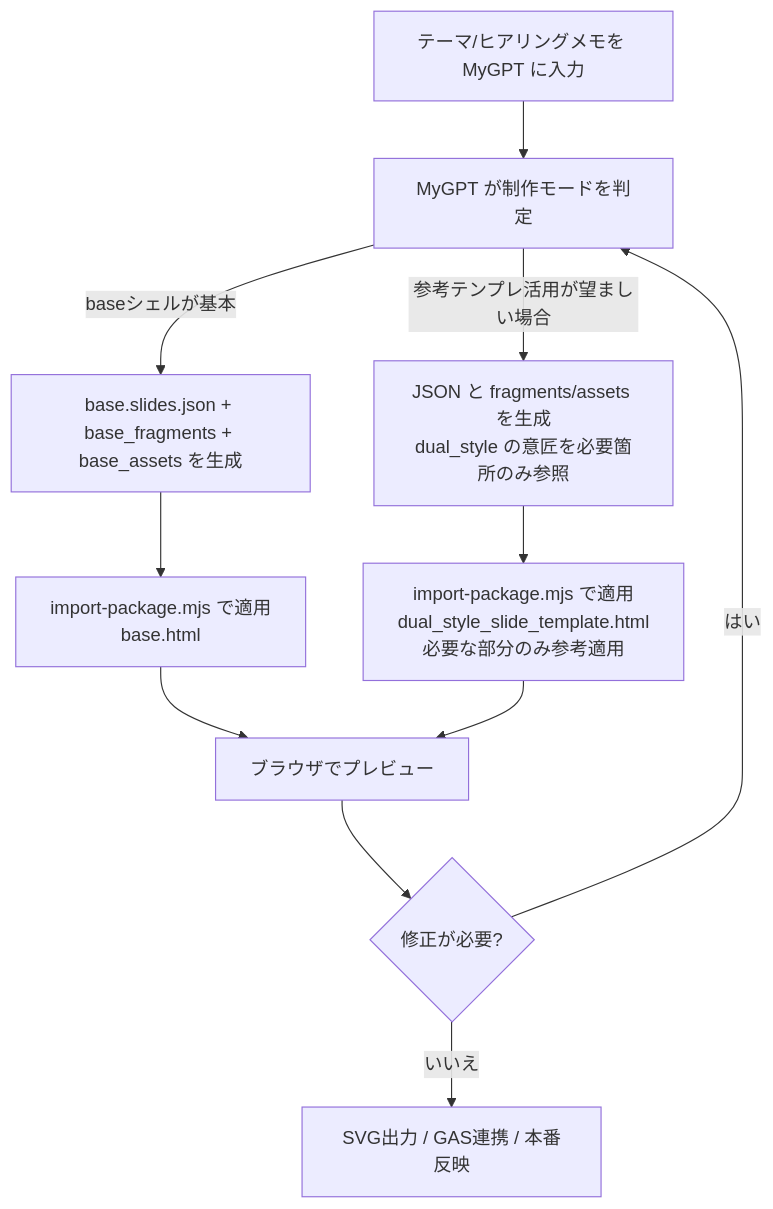
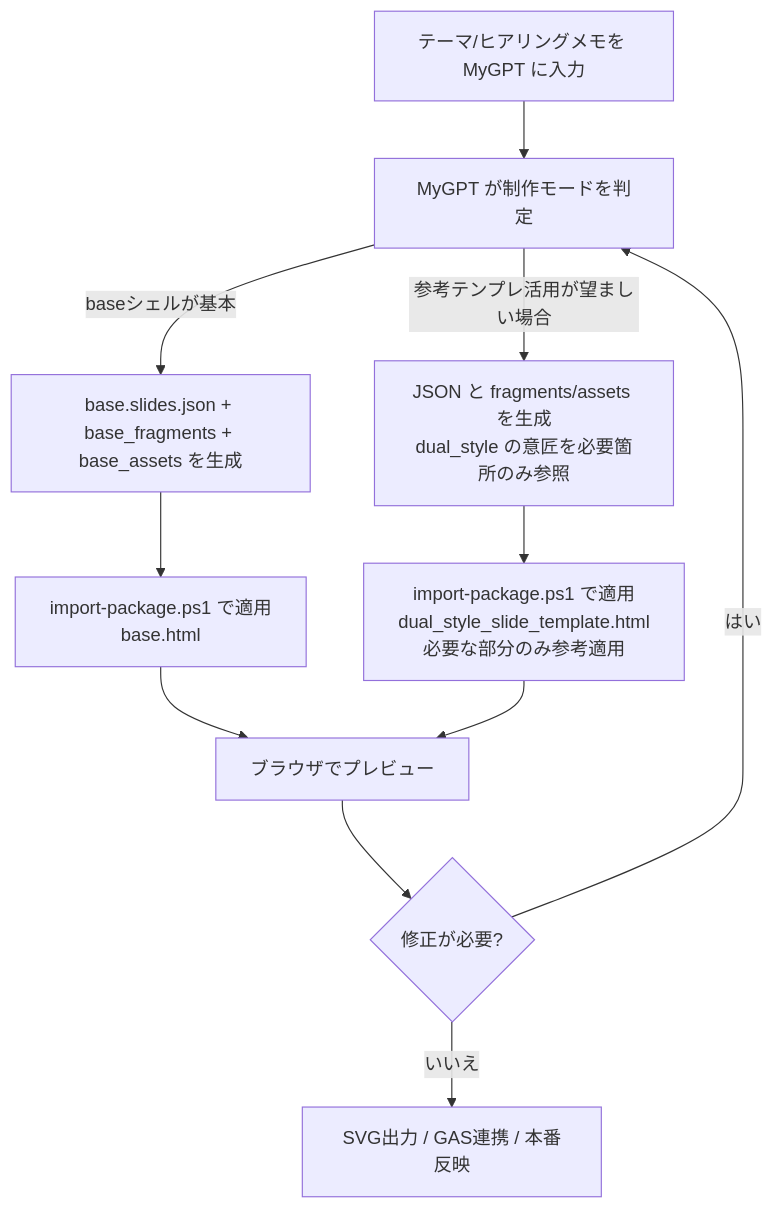
One commit to junTaniguchi/slide_template changed the first of 2 diagrams in README.md. Above: the diagram before and after it, drawn with Mermaid. The commit also changed other lines of this file and 1 other file, not shown here.

````diff
--- a/README.md
+++ b/README.md
@@ -118,13 +118,13 @@
 ```mermaid
 flowchart TD
   A[テーマ/ヒアリングメモを MyGPT に入力] --> B[MyGPT が制作モードを判定]
   B -- baseシェルが基本 --> C[base.slides.json + base_fragments + base_assets を生成]
   B -- 参考テンプレ活用が望ましい場合 --> D[JSON と fragments/assets を生成<br/>dual_style の意匠を必要箇所のみ参照]
-  C --> E[import-package.mjs で適用<br/>base.html]
-  D --> F[import-package.mjs で適用<br/>dual_style_slide_template.html\n必要な部分のみ参考適用]
+  C --> E[import-package.ps1 で適用<br/>base.html]
+  D --> F[import-package.ps1 で適用<br/>dual_style_slide_template.html\n必要な部分のみ参考適用]
   E --> G[ブラウザでプレビュー]
   F --> G
   G --> H{修正が必要?}
   H -- はい --> B
   H -- いいえ --> I[SVG出力 / GAS連携 / 本番反映]
 ```
````
